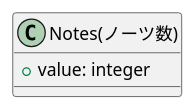
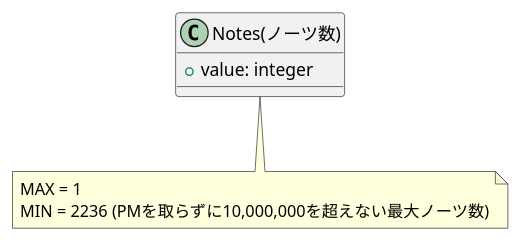
One commit to takenoko9973/arcaea-sheet-gas changed the diagram in src/domain/models/song/difficultyData/notes/notes.pu. Above: the diagram before and after it, drawn with PlantUML.

Commit message:
notesの制限情報をplantUMLに追加

```diff
--- a/src/domain/models/song/difficultyData/notes/notes.pu
+++ b/src/domain/models/song/difficultyData/notes/notes.pu
@@ -1,7 +1,13 @@
 @startuml Notes
 
 class "Notes(ノーツ数)" as Notes {
     + value: integer
 }
 
+
+note bottom of Notes
+    MAX = 1
+    MIN = 2236 (PMを取らずに10,000,000を超えない最大ノーツ数)
+end note
+
 @enduml
```
